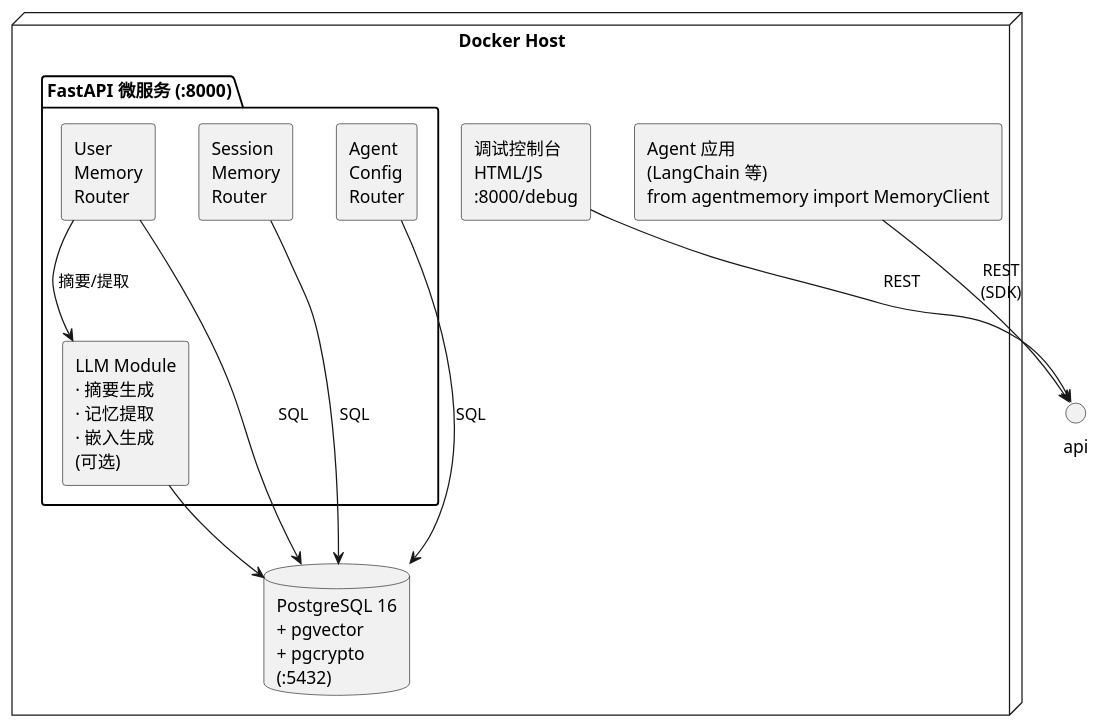
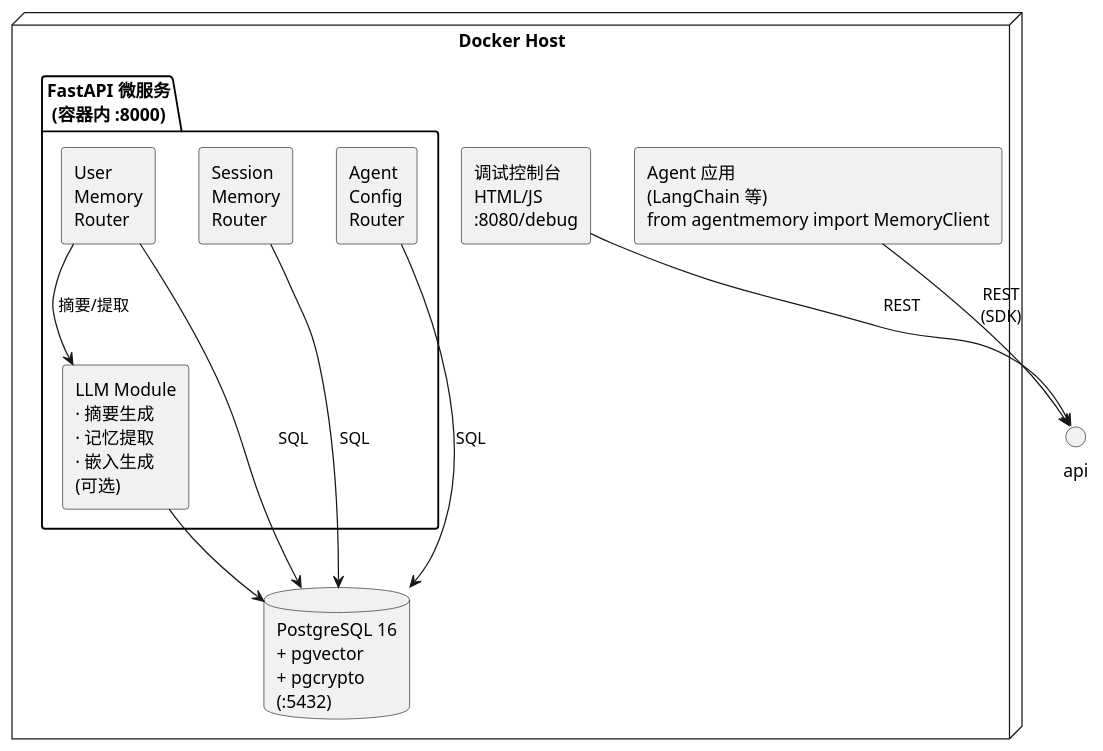
The first of 5 diagrams in docs/设计.md (NullWinters/AgentMemoryManager), drawn with PlantUML before and after one commit. The commit also changed other lines of this file and 1 other file, not shown here.

````diff
--- a/docs/设计.md
+++ b/docs/设计.md
@@ -5,27 +5,27 @@
 ```plantuml
 @startuml
 skinparam componentStyle rectangle
 
 node "Docker Host" {
-    [调试控制台\nHTML/JS\n:8000/debug] as debug
+    [调试控制台\nHTML/JS\n:8080/debug] as debug
     [Agent 应用\n(LangChain 等)\nfrom agentmemory import MemoryClient] as agent_app
 
-    package "FastAPI 微服务 (:8000)" {
+    package "FastAPI 微服务\n(容器内 :8000)" {
         [Session\nMemory\nRouter] as session_r
         [User\nMemory\nRouter] as user_r
         [Agent\nConfig\nRouter] as agent_r
         [LLM Module\n· 摘要生成\n· 记忆提取\n· 嵌入生成\n(可选)] as llm
     }
 
     database "PostgreSQL 16\n+ pgvector\n+ pgcrypto\n(:5432)" as db
 }
 
 debug -down-> api : REST
 agent_app -down-> api : REST\n(SDK)
 session_r -down-> db : SQL
 user_r -down-> db : SQL
 agent_r -down-> db : SQL
 user_r --> llm : 摘要/提取
 llm -down-> db
 @enduml
 ```
````
